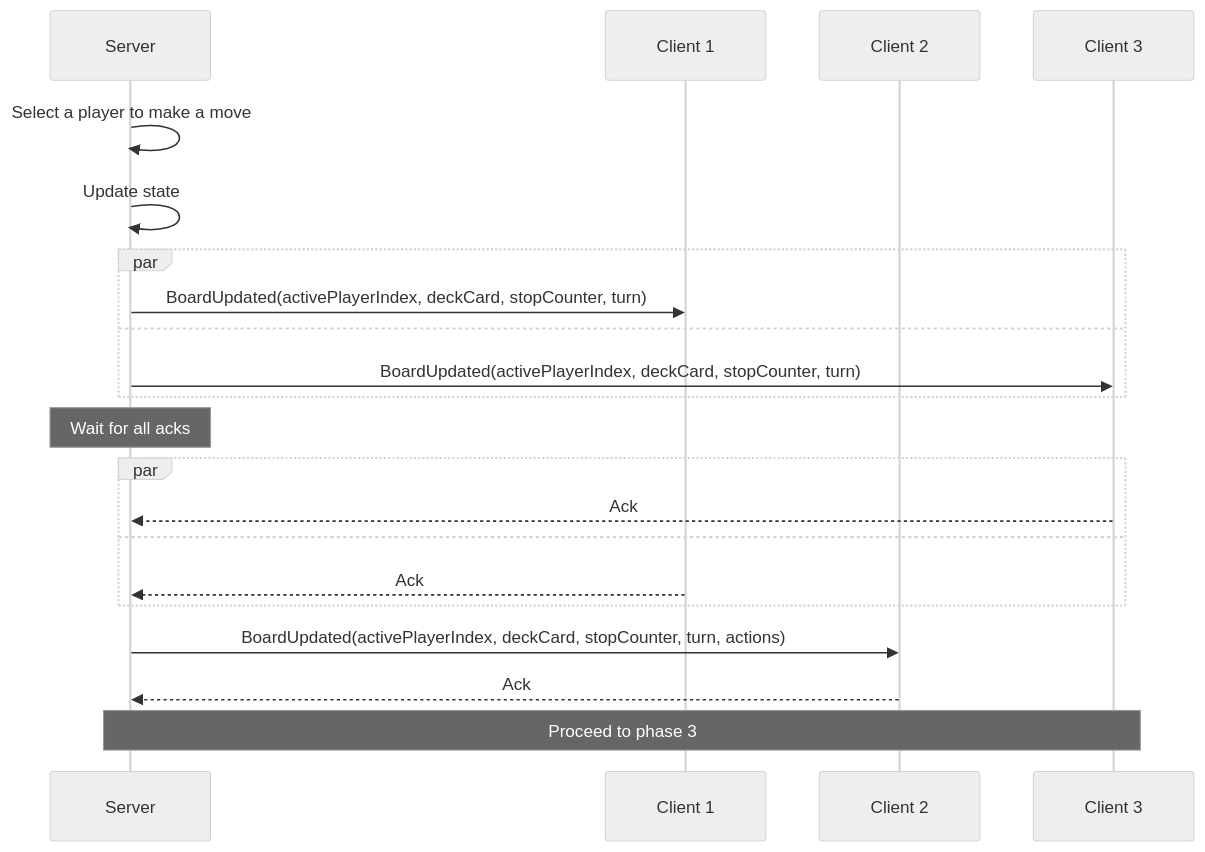
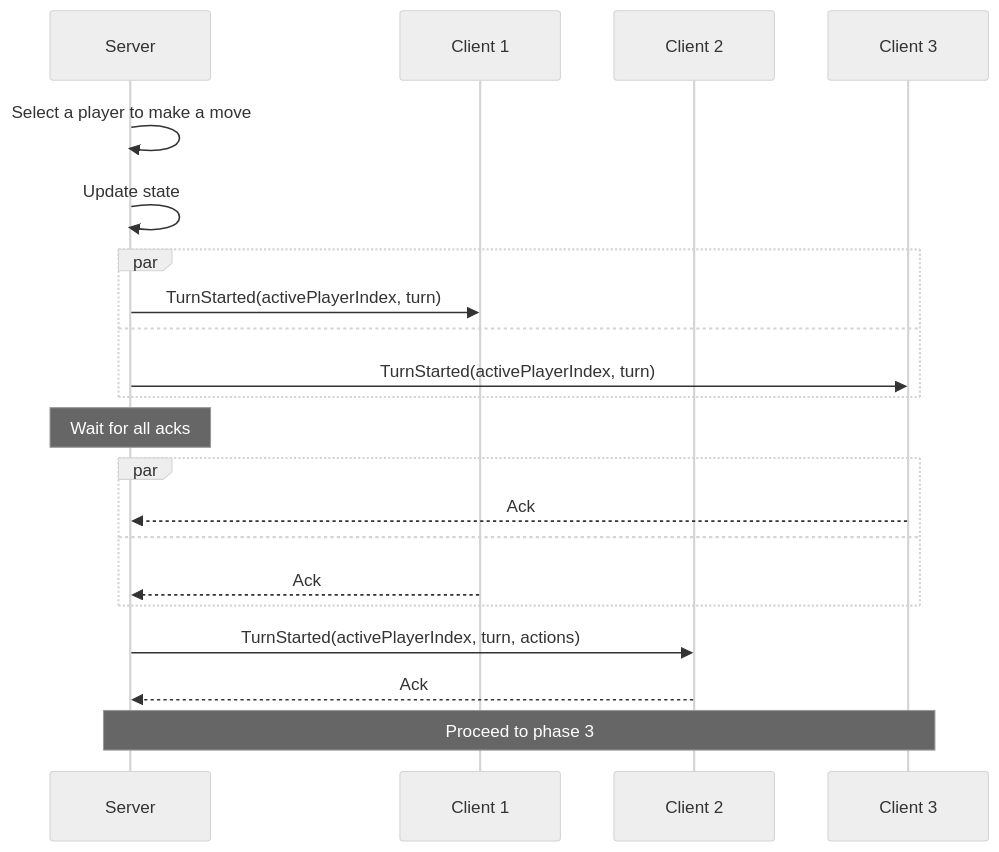
One commit to roman-zubarevich/another changed the third of 15 diagrams in docs/GAME.md. Above: the diagram before and after it, drawn with Mermaid (neutral theme). The commit also changed other lines of this file, not shown here.

````diff
--- a/docs/GAME.md
+++ b/docs/GAME.md
@@ -102,23 +102,23 @@
 ```mermaid
 sequenceDiagram
     participant S as Server
     participant C1 as Client 1
     participant C2 as Client 2
     participant C3 as Client 3
     S->>S: Select a player to make a move
     S->>S: Update state
     par
-        S->>C1: BoardUpdated(activePlayerIndex, deckCard, stopCounter, turn)
+        S->>C1: TurnStarted(activePlayerIndex, turn)
     and
-        S->>C3: BoardUpdated(activePlayerIndex, deckCard, stopCounter, turn)
+        S->>C3: TurnStarted(activePlayerIndex, turn)
     end
     Note over S: Wait for all acks
     par
         C3-->>S: Ack
     and
         C1-->>S: Ack
     end
-    S->>C2: BoardUpdated(activePlayerIndex, deckCard, stopCounter, turn, actions)
+    S->>C2: TurnStarted(activePlayerIndex, turn, actions)
     C2-->>S: Ack
     Note over S,C3: Proceed to phase 3
 ```
````
